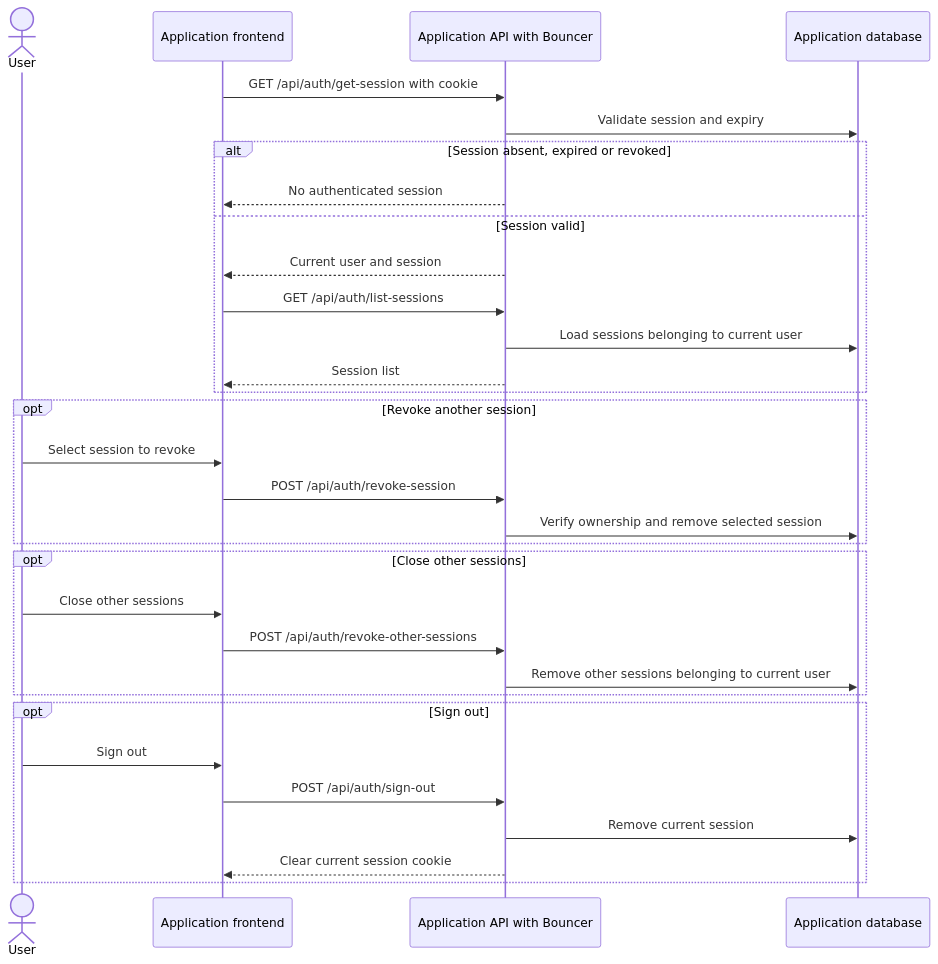
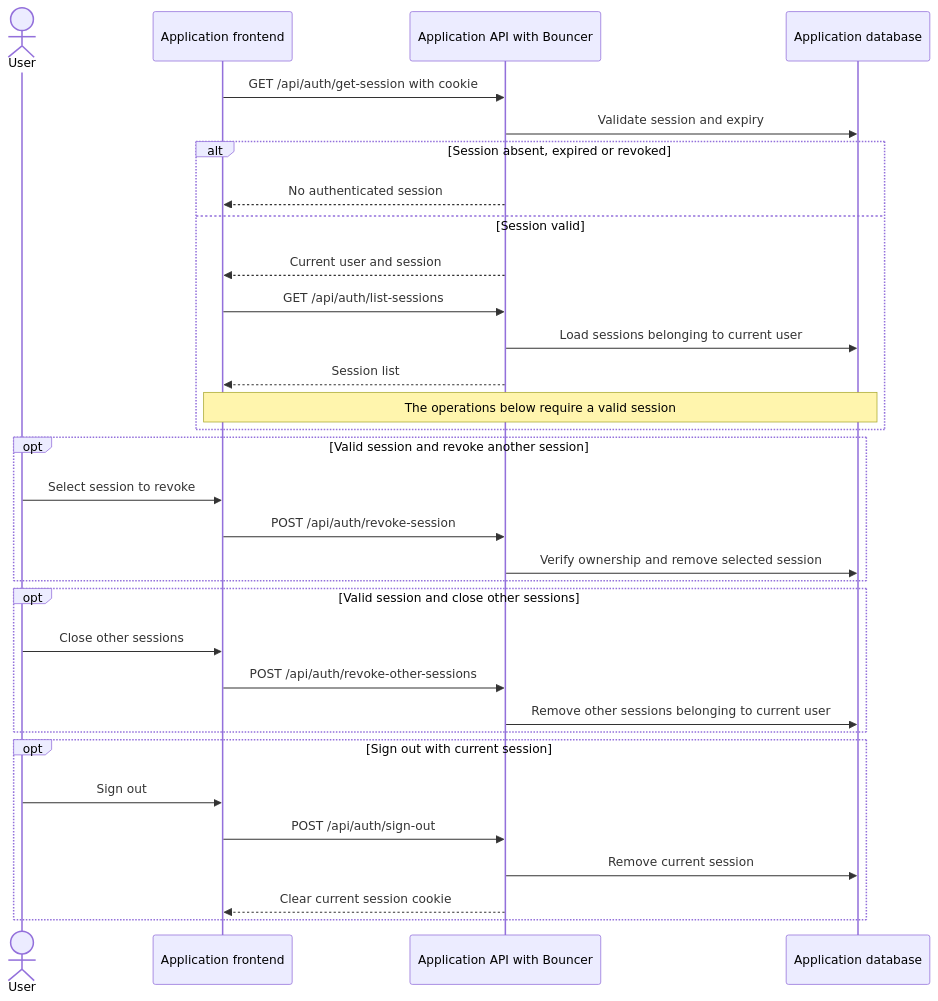
Before and after one commit to megara-arevaco/bouncer: diagram 11 of 11 in docs/auth-flows.md, drawn with Mermaid. The commit also changed other lines of this file and 11 other files, not shown here.

Commit message:
Ship versioned library releases and document authentication flows

````diff
--- a/docs/auth-flows.md
+++ b/docs/auth-flows.md
@@ -253,33 +339,34 @@
 ```mermaid
 sequenceDiagram
     actor User
     participant UI as Application frontend
     participant API as Application API with Bouncer
     participant DB as Application database
     UI->>API: GET /api/auth/get-session with cookie
     API->>DB: Validate session and expiry
     alt Session absent, expired or revoked
         API-->>UI: No authenticated session
     else Session valid
         API-->>UI: Current user and session
         UI->>API: GET /api/auth/list-sessions
         API->>DB: Load sessions belonging to current user
         API-->>UI: Session list
+        Note over UI,DB: The operations below require a valid session
     end
-    opt Revoke another session
+    opt Valid session and revoke another session
         User->>UI: Select session to revoke
         UI->>API: POST /api/auth/revoke-session
         API->>DB: Verify ownership and remove selected session
     end
-    opt Close other sessions
+    opt Valid session and close other sessions
         User->>UI: Close other sessions
         UI->>API: POST /api/auth/revoke-other-sessions
         API->>DB: Remove other sessions belonging to current user
     end
-    opt Sign out
+    opt Sign out with current session
         User->>UI: Sign out
         UI->>API: POST /api/auth/sign-out
         API->>DB: Remove current session
         API-->>UI: Clear current session cookie
     end
 ```
````
